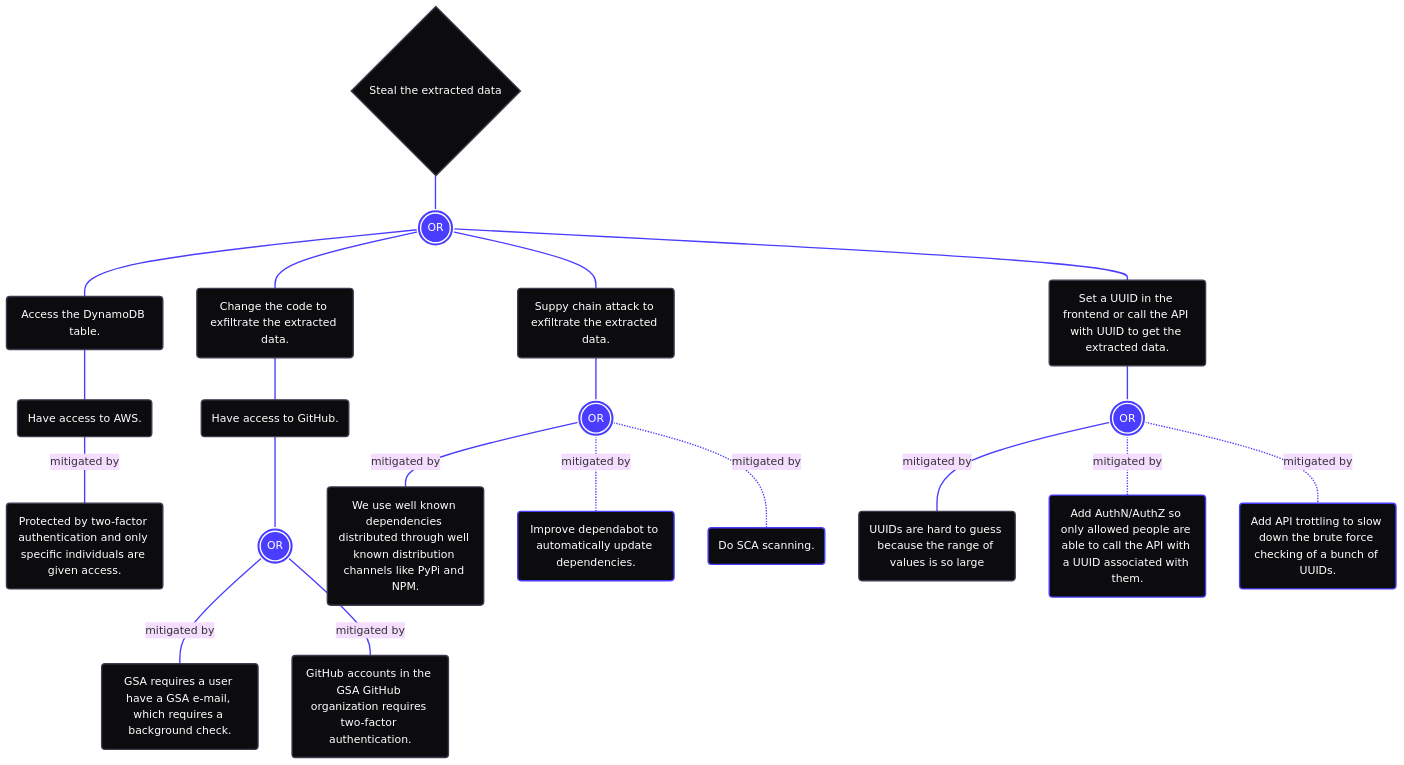
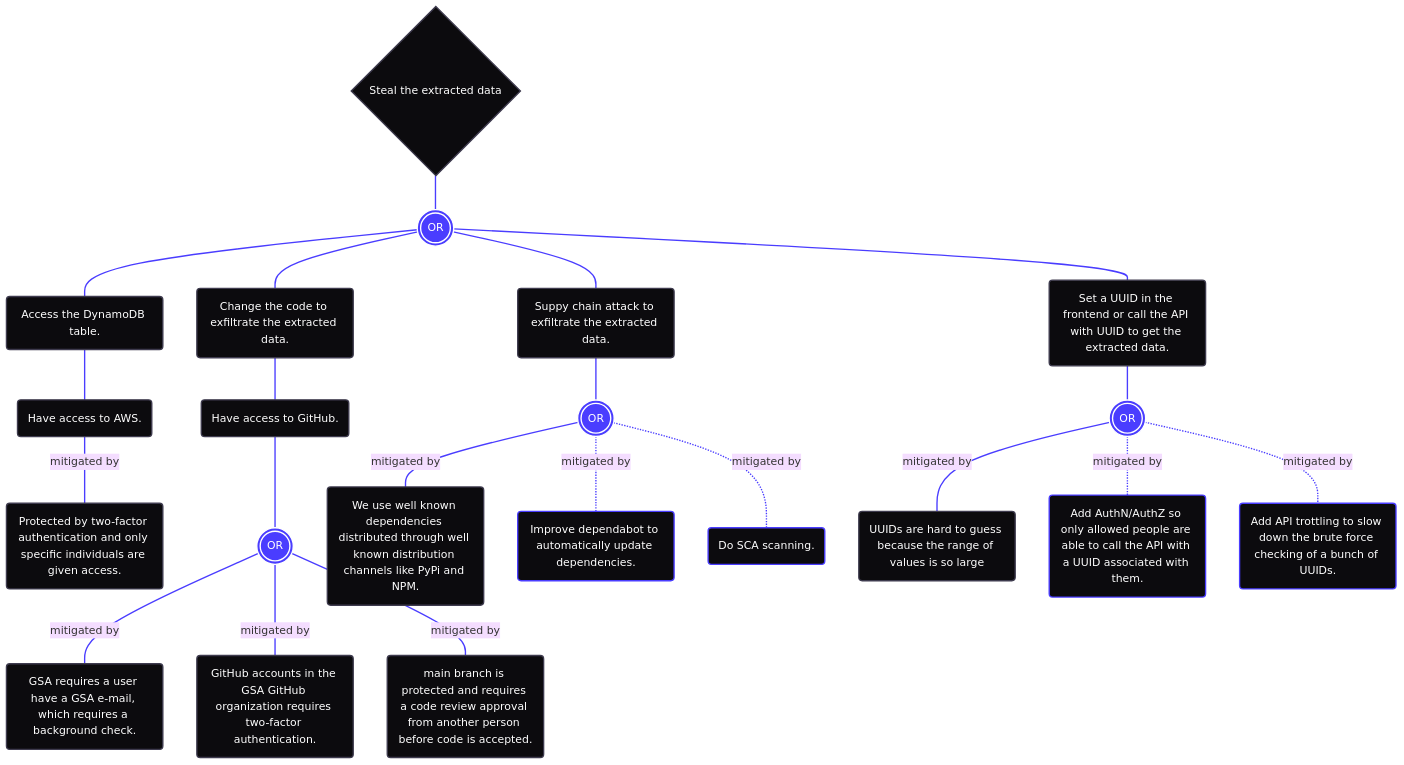
One commit to gsa-tts-archived/document-extractor-poc changed the third of 4 diagrams in docs/THREAT_MODEL.md. Above: the diagram before and after it, drawn with Mermaid (base theme). The commit also changed other lines of this file and 1 other file, not shown here.

````diff
--- a/docs/THREAT_MODEL.md
+++ b/docs/THREAT_MODEL.md
@@ -175,38 +182,40 @@
 ```mermaid
 flowchart TD
   A0{Steal the extracted data}:::objective
     A0---B1(((OR))):::booleanOr
       B1---C1(Access the DynamoDB table.):::condition
         C1---D1(Have access to AWS.):::condition
           D1-- mitigated by ---E1(Protected by two-factor authentication and only specific individuals are given access.):::condition
       B1---C2(Change the code to exfiltrate the extracted data.):::condition
         C2---D2(Have access to GitHub.):::condition
           D2---E2(((OR))):::booleanOr
             E2-- mitigated by ---F1(GSA requires a user have a GSA e-mail, which requires a background check.):::condition
             E2-- mitigated by ---F2(GitHub accounts in the GSA GitHub organization requires two-factor authentication.):::condition
+            E2-- mitigated by ---F3(main branch is protected and requires a code review approval from another person before code is accepted.):::condition
       B1---C3(Suppy chain attack to exfiltrate the extracted data.):::condition
         C3---D3(((OR))):::booleanOr
           D3-- mitigated by ---E3(We use well known dependencies distributed through well known distribution channels like PyPi and NPM.):::condition
           D3-. mitigated by .-E4(Improve dependabot to automatically update dependencies.):::condition
           D3-. mitigated by .-E5(Do SCA scanning.):::condition
       B1---C4(Set a UUID in the frontend or call the API with UUID to get the extracted data.):::condition
         C4---D4(((OR))):::booleanOr
           D4-- mitigated by ---E6(UUIDs are hard to guess because the range of values is so large):::condition
           D4-. mitigated by .-E7(Add AuthN/AuthZ so only allowed people are able to call the API with a UUID associated with them.):::condition
           D4-. mitigated by .-E8(Add API trottling to slow down the brute force checking of a bunch of UUIDs.):::condition
   classDef objective fill:#0c0b0e,color:#ffffff,stroke:#3e3b4e,stroke-width:2px
   classDef condition fill:#0c0b0e,color:#ffffff,stroke:#3e3b4e,stroke-width:2px
   classDef assumption fill:#0c0b0e,color:#ffffff,stroke:#3e3b4e,stroke-width:2px
   classDef booleanAnd fill:#4a3dff,color:#ffffff,stroke:#ffffff,stroke-width:2px
   classDef booleanOr fill:#4a3dff,color:#ffffff,stroke:#ffffff,stroke-width:2px
   style E1 stroke:#4a3dff,stroke-width:2px,fill:#0c0b0e,color:#ffffff,stroke:#3e3b4e,stroke-width:2px
   style F1 stroke:#4a3dff,stroke-width:2px,fill:#0c0b0e,color:#ffffff,stroke:#3e3b4e,stroke-width:2px
   style F2 stroke:#4a3dff,stroke-width:2px,fill:#0c0b0e,color:#ffffff,stroke:#3e3b4e,stroke-width:2px
+  style F3 stroke:#4a3dff,stroke-width:2px,fill:#0c0b0e,color:#ffffff,stroke:#3e3b4e,stroke-width:2px
   style E3 stroke:#4a3dff,stroke-width:2px,fill:#0c0b0e,color:#ffffff,stroke:#3e3b4e,stroke-width:2px
   style E4 stroke:#4a3dff,stroke-width:2px
   style E5 stroke:#4a3dff,stroke-width:2px
   style E6 stroke:#4a3dff,stroke-width:2px,fill:#0c0b0e,color:#ffffff,stroke:#3e3b4e,stroke-width:2px
   style E7 stroke:#4a3dff,stroke-width:2px
   style E8 stroke:#4a3dff,stroke-width:2px
-  linkStyle 0,1,2,3,4,5,6,7,8,9,10,11,12,13,14,15,16,17,18 stroke:#4a3dff,stroke-width:2px
+  linkStyle 0,1,2,3,4,5,6,7,8,9,10,11,12,13,14,15,16,17,18,19 stroke:#4a3dff,stroke-width:2px
 ```
````
